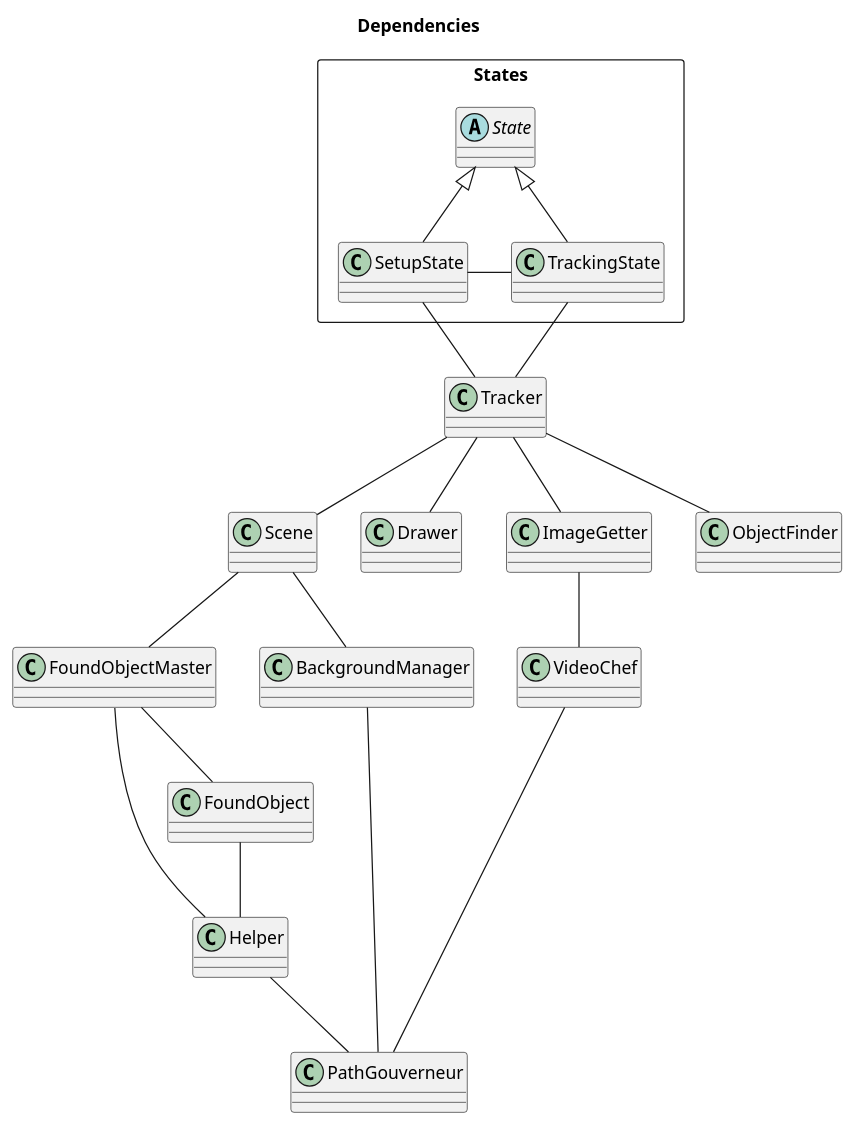
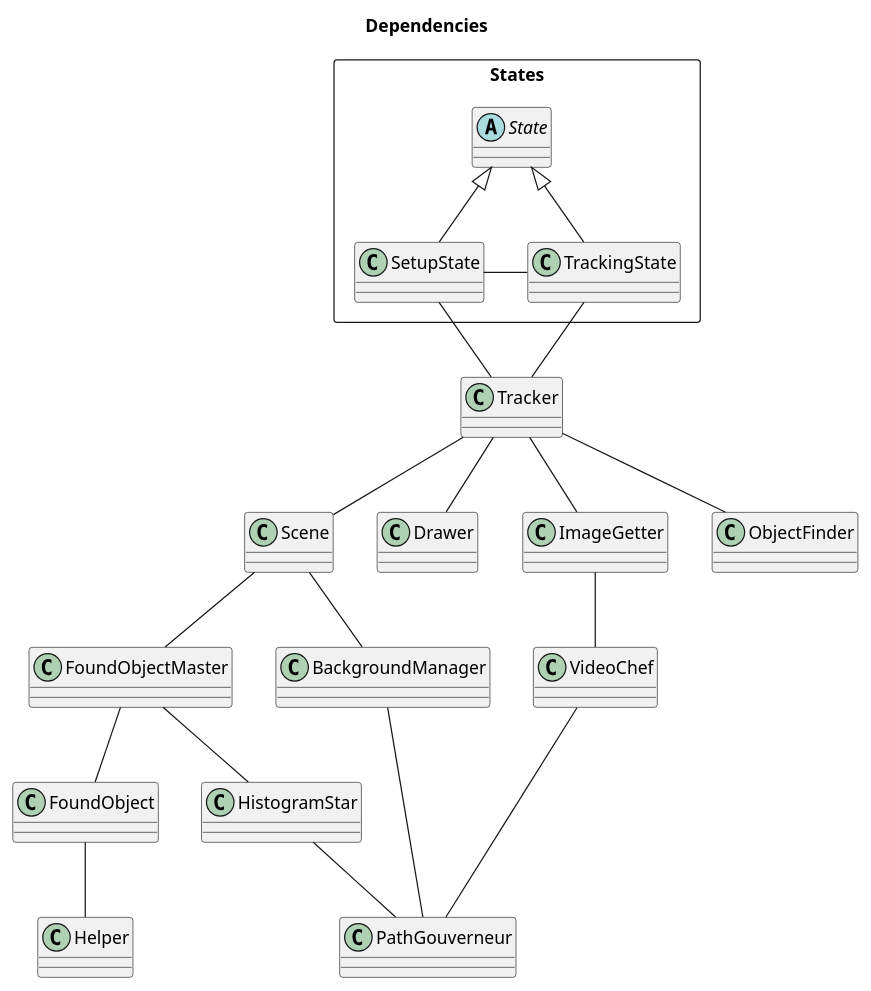
Before and after one commit to NewTec-GmbH/SpaceShipRadar: the diagram in doc/uml/swarch.puml, drawn with PlantUML. The commit also changed 5 other files, not shown here.

Commit message:
added HistogramStar and updated documentation

```diff
--- a/doc/uml/swarch.puml
+++ b/doc/uml/swarch.puml
@@ -1,59 +1,57 @@
 @startuml swarch
 title Dependencies
 
 
 
 class Scene
 class Helper
 
 class FoundObject
 class FoundObjectMaster
 
 class Drawer
 class BackgroundManager
 class PathGouverneur
 
 class VideoChef
 class ImageGetter
 class ObjectFinder
 class Tracker
+class HistogramStar
 
 package States <<rectangle>>{
     abstract State
     class SetupState 
     class TrackingState
     
 }
-' class Context
-
 
 Scene -- FoundObjectMaster
 Scene -- BackgroundManager
 
-Helper -- PathGouverneur
-
 FoundObject -- Helper
 
 FoundObjectMaster -- FoundObject
-FoundObjectMaster -- Helper
+FoundObjectMaster -- HistogramStar
 
 BackgroundManager -- PathGouverneur
 
 ImageGetter -- VideoChef
 
 VideoChef -- PathGouverneur
 
 SetupState -- Tracker
 SetupState -right- TrackingState
 "State" <|-- SetupState
 
 TrackingState -- Tracker
 "State" <|-- TrackingState
 
 Tracker -- Scene
 Tracker -- ImageGetter
 Tracker -- ObjectFinder
 Tracker -- Drawer
 
+HistogramStar -- PathGouverneur
 
 @enduml
```
